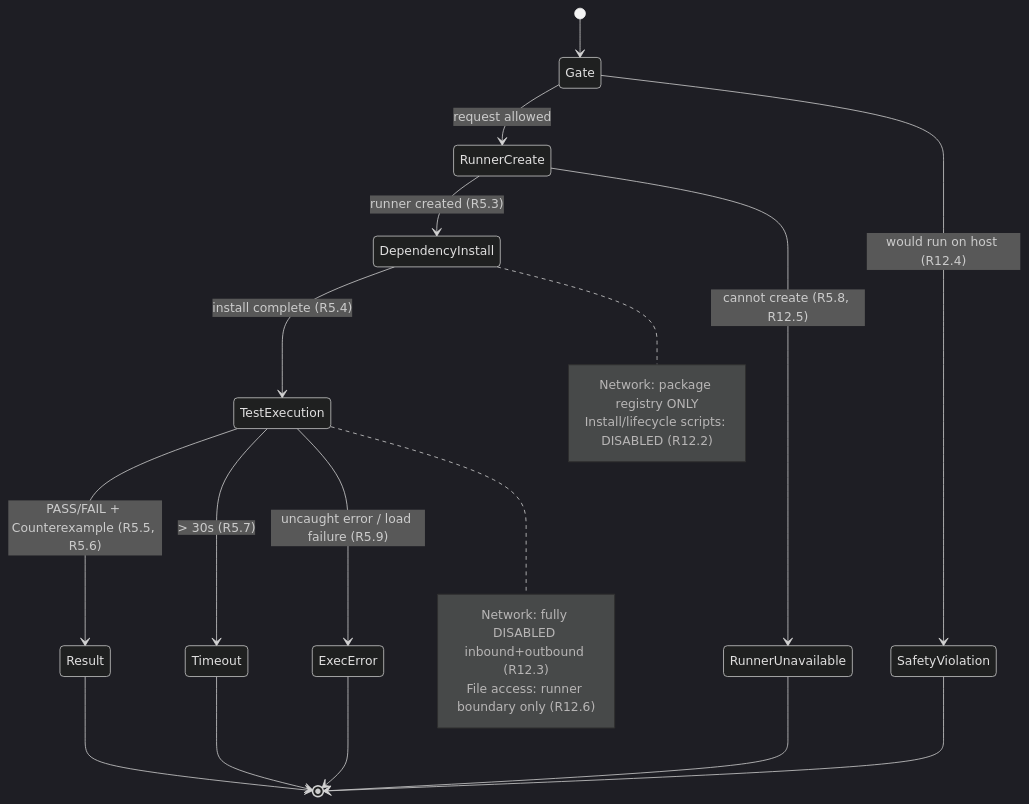
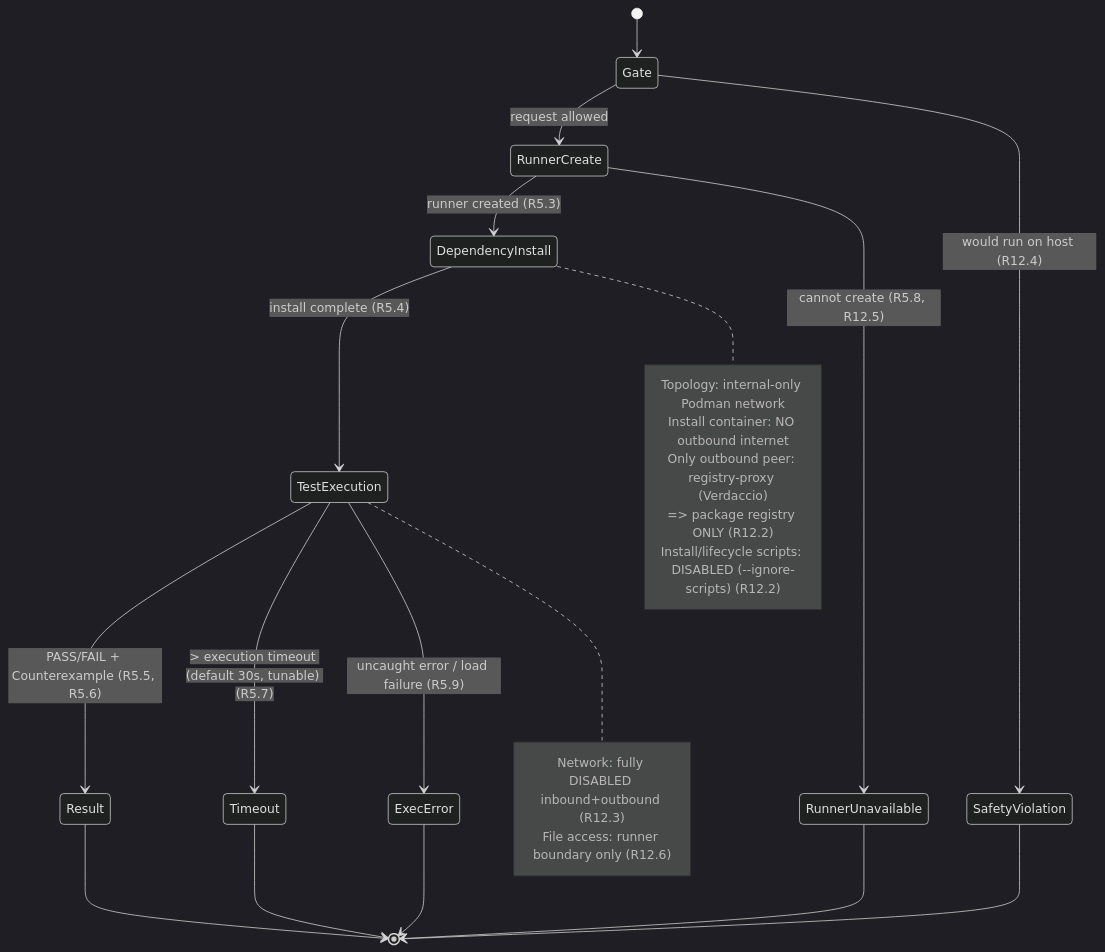
One commit to ikenyal/spec-lantern changed the third of 4 diagrams in .kiro/specs/spec-lantern/design.md. Above: the diagram before and after it, drawn with Mermaid (dark theme). The commit also changed other lines of this file, not shown here.

Commit message:
spec: scope design for solo MVP (local Podman, Verdaccio install proxy, static hosted demo)

````diff
--- a/.kiro/specs/spec-lantern/design.md
+++ b/.kiro/specs/spec-lantern/design.md
@@ -107,25 +116,28 @@
 ```mermaid
 stateDiagram-v2
     [*] --> Gate
     Gate --> RunnerCreate: request allowed
     Gate --> SafetyViolation: would run on host (R12.4)
     RunnerCreate --> DependencyInstall: runner created (R5.3)
     RunnerCreate --> RunnerUnavailable: cannot create (R5.8, R12.5)
     DependencyInstall --> TestExecution: install complete (R5.4)
     note right of DependencyInstall
-        Network: package registry ONLY
-        Install/lifecycle scripts: DISABLED (R12.2)
+        Topology: internal-only Podman network
+        Install container: NO outbound internet
+        Only outbound peer: registry-proxy (Verdaccio)
+        => package registry ONLY (R12.2)
+        Install/lifecycle scripts: DISABLED (--ignore-scripts) (R12.2)
     end note
     TestExecution --> Result: PASS/FAIL + Counterexample (R5.5, R5.6)
-    TestExecution --> Timeout: > 30s (R5.7)
+    TestExecution --> Timeout: > execution timeout (default 30s, tunable) (R5.7)
     TestExecution --> ExecError: uncaught error / load failure (R5.9)
     note right of TestExecution
         Network: fully DISABLED inbound+outbound (R12.3)
         File access: runner boundary only (R12.6)
     end note
     Result --> [*]
     Timeout --> [*]
     ExecError --> [*]
     SafetyViolation --> [*]
     RunnerUnavailable --> [*]
 ```
````
